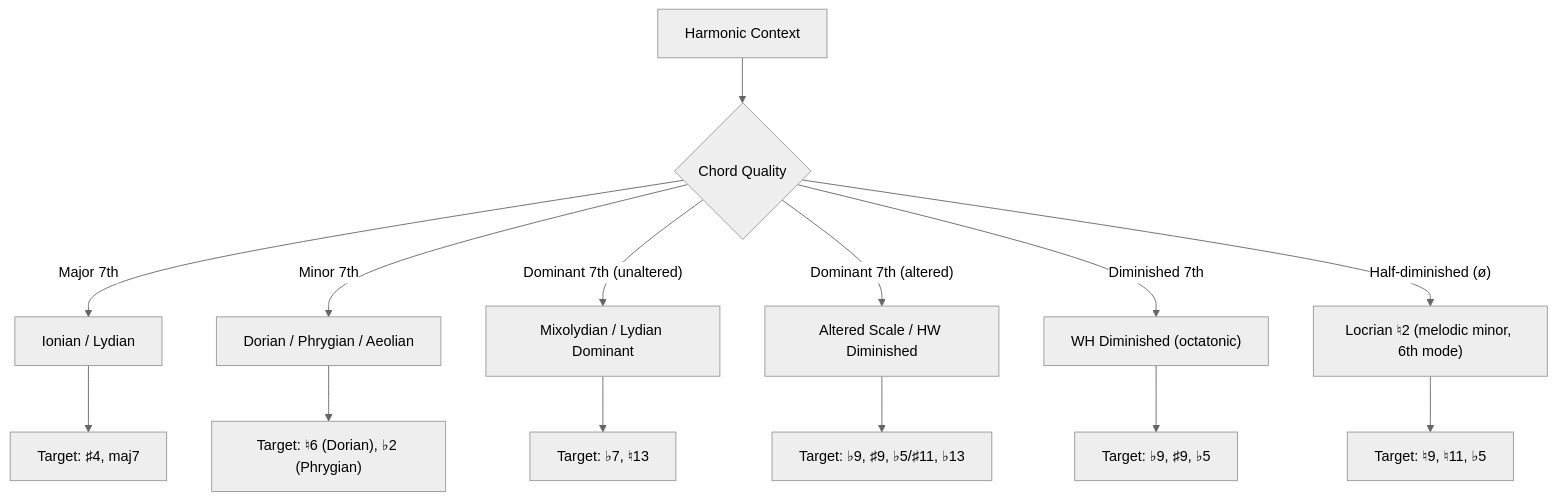
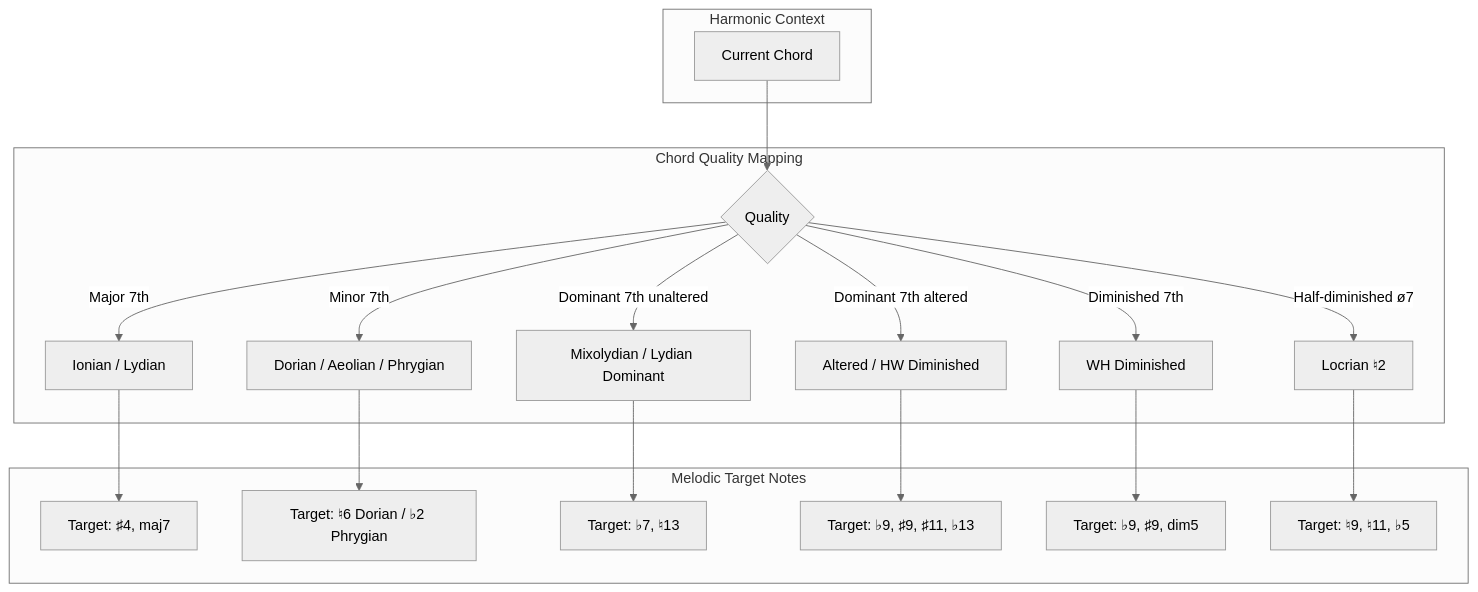
Before and after one commit to blebleblee/synapse: the first of 6 diagrams in topics/arts/composition/jazz_harmony/lesson_03_improvisation_techniques.md, drawn with Mermaid (neutral theme). The commit also changed other lines of this file and 4 other files, not shown here.

````diff
--- a/topics/arts/composition/jazz_harmony/lesson_03_improvisation_techniques.md
+++ b/topics/arts/composition/jazz_harmony/lesson_03_improvisation_techniques.md
@@ -68,16 +62,27 @@
 ```mermaid
 graph TD
-    A["Harmonic Context"] --> B{"Chord Quality"}
-    B -->|"Major 7th"| C["Ionian / Lydian"]
-    B -->|"Minor 7th"| D["Dorian / Phrygian / Aeolian"]
-    B -->|"Dominant 7th (unaltered)"| E["Mixolydian / Lydian Dominant"]
-    B -->|"Dominant 7th (altered)"| F["Altered Scale / HW Diminished"]
-    B -->|"Diminished 7th"| G["WH Diminished (octatonic)"]
-    B -->|"Half-diminished (ø)"| H["Locrian ♮2 (melodic minor, 6th mode)"]
-    C --> I["Target: ♯4, maj7"]
-    D --> J["Target: ♮6 (Dorian), ♭2 (Phrygian)"]
-    E --> K["Target: ♭7, ♮13"]
-    F --> L["Target: ♭9, ♯9, ♭5/♯11, ♭13"]
-    G --> M["Target: ♭9, ♯9, ♭5"]
-    H --> N["Target: ♮9, ♮11, ♭5"]
+    subgraph sub_context ["Harmonic Context"]
+        A["Current Chord"]
+    end
+    
+    subgraph sub_quality ["Chord Quality Mapping"]
+        B{"Quality"}
+        B -->|"Major 7th"| C["Ionian / Lydian"]
+        B -->|"Minor 7th"| D["Dorian / Aeolian / Phrygian"]
+        B -->|"Dominant 7th unaltered"| E["Mixolydian / Lydian Dominant"]
+        B -->|"Dominant 7th altered"| F["Altered / HW Diminished"]
+        B -->|"Diminished 7th"| G["WH Diminished"]
+        B -->|"Half-diminished ø7"| H["Locrian ♮2"]
+    end
+    
+    subgraph sub_targets ["Melodic Target Notes"]
+        C --> I["Target: ♯4, maj7"]
+        D --> J["Target: ♮6 Dorian / ♭2 Phrygian"]
+        E --> K["Target: ♭7, ♮13"]
+        F --> L["Target: ♭9, ♯9, ♯11, ♭13"]
+        G --> M["Target: ♭9, ♯9, dim5"]
+        H --> N["Target: ♮9, ♮11, ♭5"]
+    end
+    
+    A --> B
 ```
````
